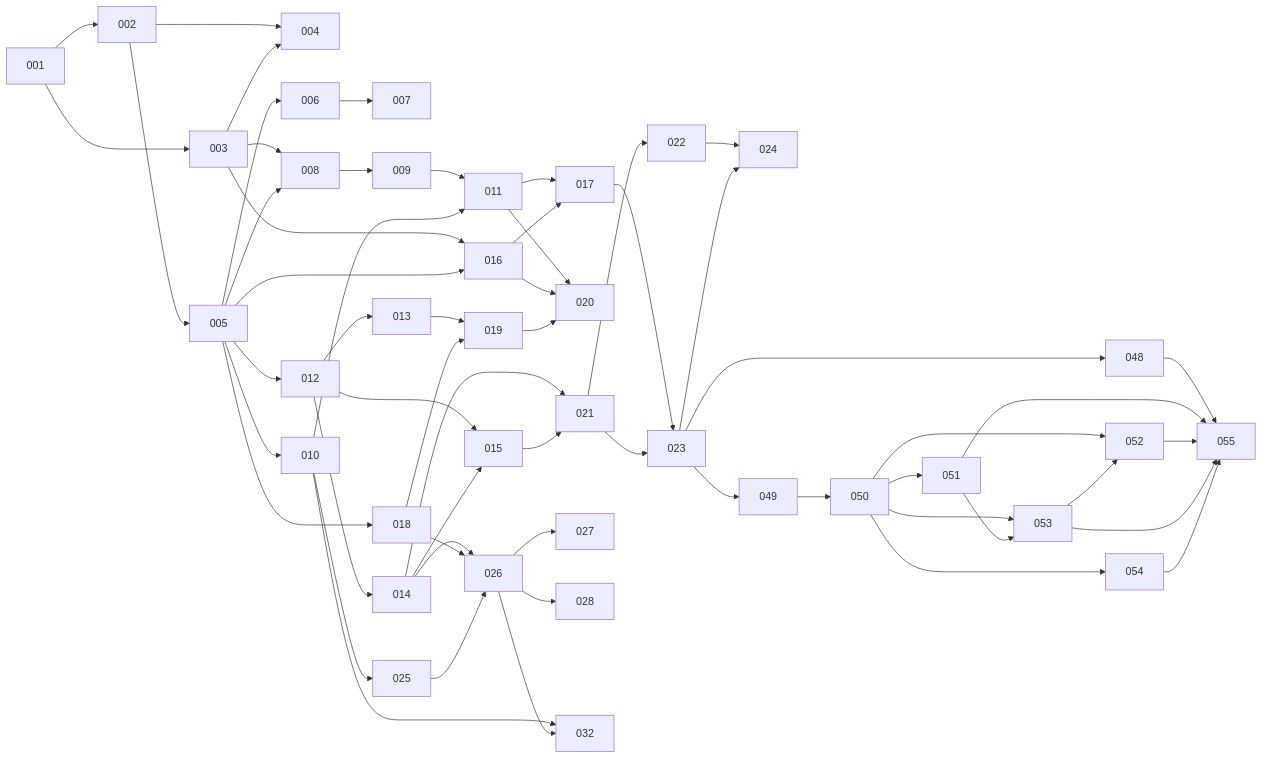
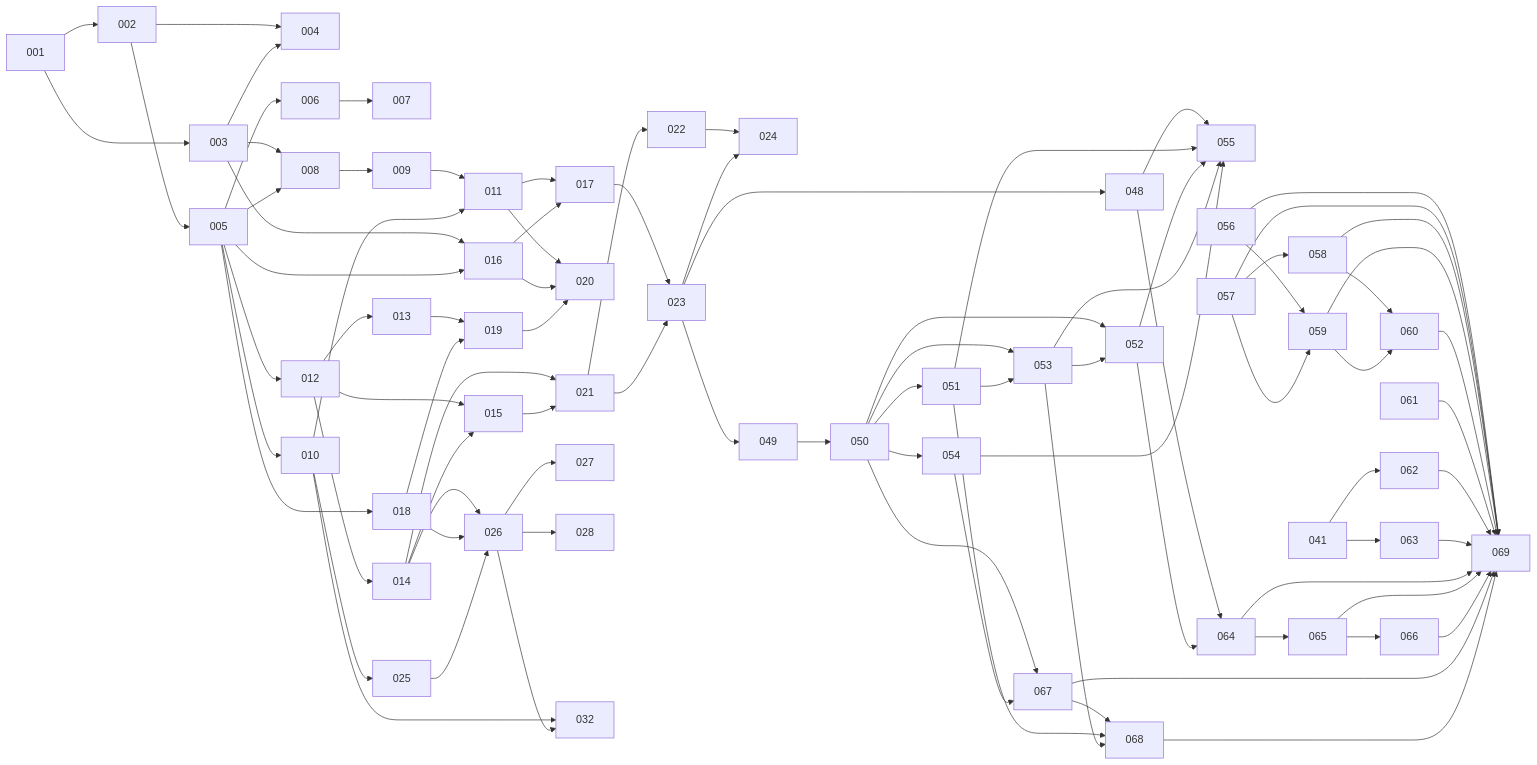
The diagram in ROADMAP.md (stevenpickles/straticate), drawn with Mermaid before and after one commit. The commit also changed other lines of this file and 1 other file, not shown here.

````diff
--- a/ROADMAP.md
+++ b/ROADMAP.md
@@ -334,31 +377,39 @@
 ```mermaid
 graph LR
   001 --> 002 & 003
   002 & 003 --> 004
   002 --> 005
   005 --> 006 --> 007
   003 & 005 --> 008 --> 009
   005 --> 010
   009 & 010 --> 011
   005 --> 012 --> 013
   012 --> 014
   012 & 014 --> 015
   003 & 005 --> 016
   011 & 016 --> 017
   005 --> 018
   013 & 018 --> 019
   011 & 016 & 019 --> 020
   014 & 015 --> 021 --> 022
   017 & 021 --> 023
   022 & 023 --> 024
   010 --> 025
   014 & 018 & 025 --> 026
   026 --> 027 & 028
   010 & 026 --> 032
   023 --> 048 & 049
   049 --> 050
   050 --> 051 & 052 & 053 & 054
   051 --> 053
   053 --> 052
   048 & 051 & 052 & 053 & 054 --> 055
+  057 --> 058
+  056 & 057 --> 059
+  058 & 059 --> 060
+  041 --> 062 & 063
+  048 & 052 --> 064 --> 065 --> 066
+  050 & 054 --> 067 --> 068
+  051 & 053 --> 068
+  056 & 057 & 058 & 059 & 060 & 061 & 062 & 063 & 064 & 065 & 066 & 067 & 068 --> 069
 ```
````
